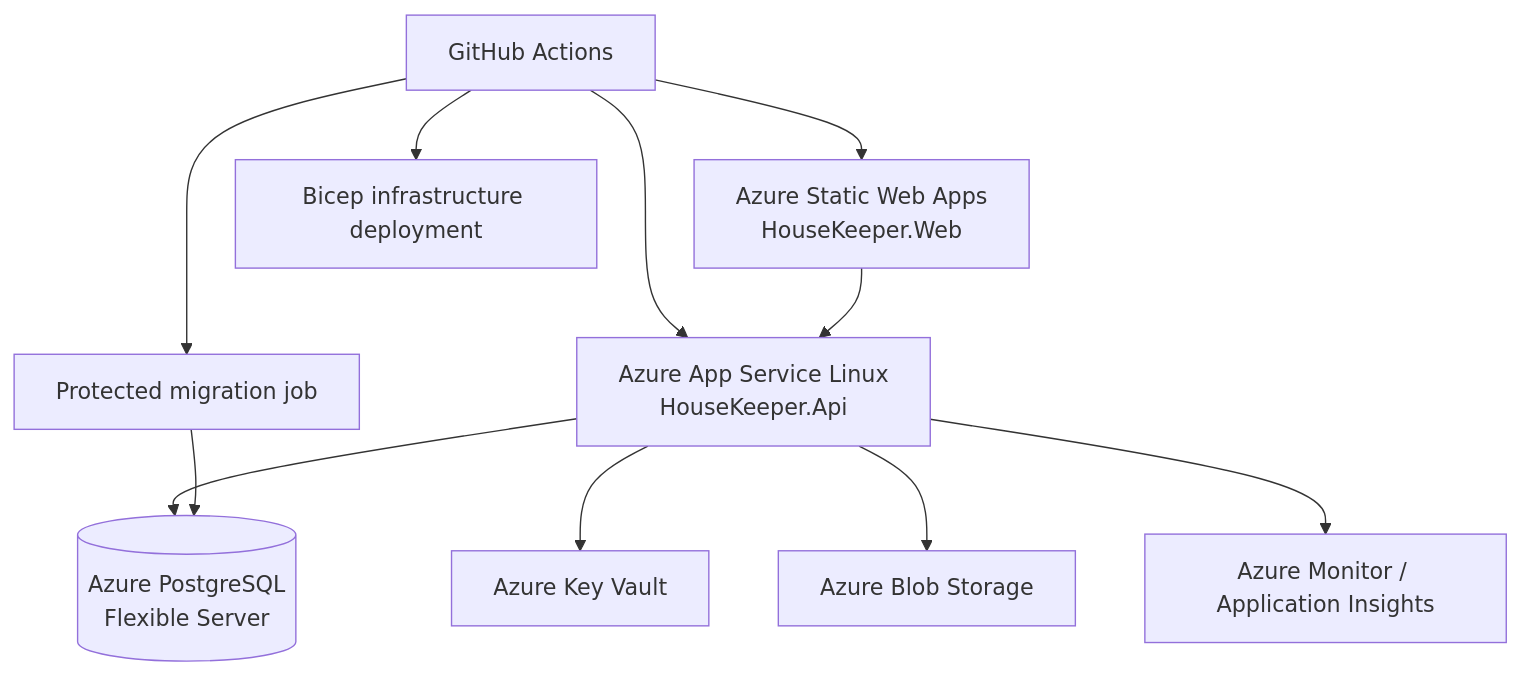
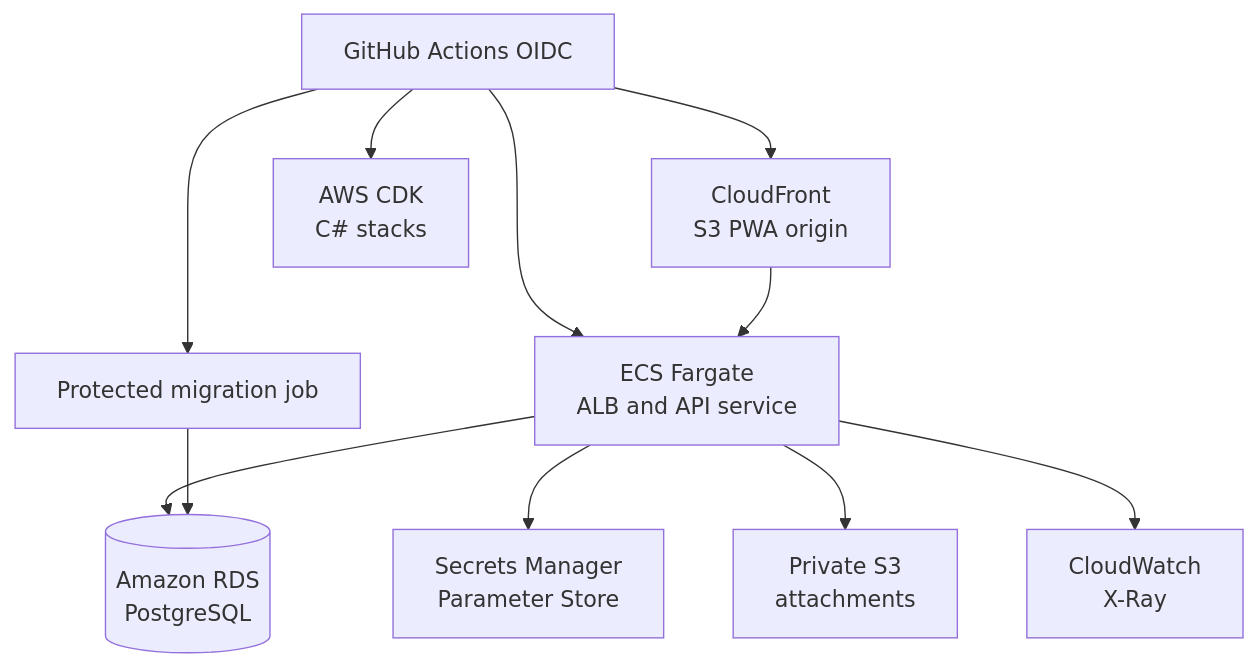
The second of 2 diagrams in docs/architecture/technical-recommendation.md (JohannesMogashoa/housekeeper), drawn with Mermaid before and after one commit. The commit also changed other lines of this file and 33 other files, not shown here.

First line of the commit message:
Migrate platform from Azure/Bicep to AWS/CDK

````diff
--- a/docs/architecture/technical-recommendation.md
+++ b/docs/architecture/technical-recommendation.md
@@ -88,14 +88,14 @@
 ```mermaid
 flowchart TB
-    GH[GitHub Actions] --> SWA[Azure Static Web Apps\nHouseKeeper.Web]
-    GH --> APP[Azure App Service Linux\nHouseKeeper.Api]
+    GH[GitHub Actions OIDC] --> CF[CloudFront\nS3 PWA origin]
+    GH --> APP[ECS Fargate\nALB and API service]
     GH --> MIG[Protected migration job]
-    GH --> BICEP[Bicep infrastructure deployment]
+    GH --> CDK[AWS CDK\nC# stacks]
 
-    APP --> PG[(Azure PostgreSQL\nFlexible Server)]
-    APP --> KV[Azure Key Vault]
-    APP --> BLOB[Azure Blob Storage]
-    APP --> MON[Azure Monitor / Application Insights]
+    APP --> PG[(Amazon RDS\nPostgreSQL)]
+    APP --> SM[Secrets Manager\nParameter Store]
+    APP --> BLOB[Private S3\nattachments]
+    APP --> MON[CloudWatch\nX-Ray]
     MIG --> PG
-    SWA --> APP
+    CF --> APP
 ```
````
